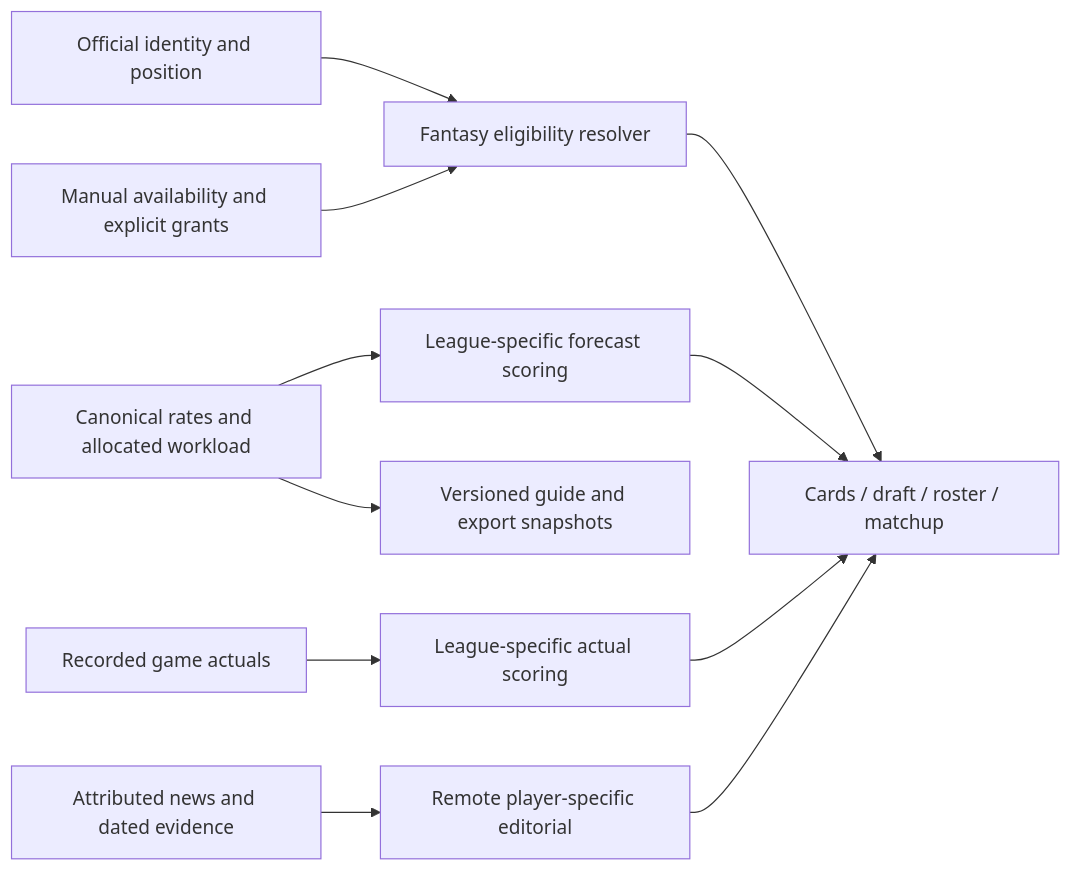
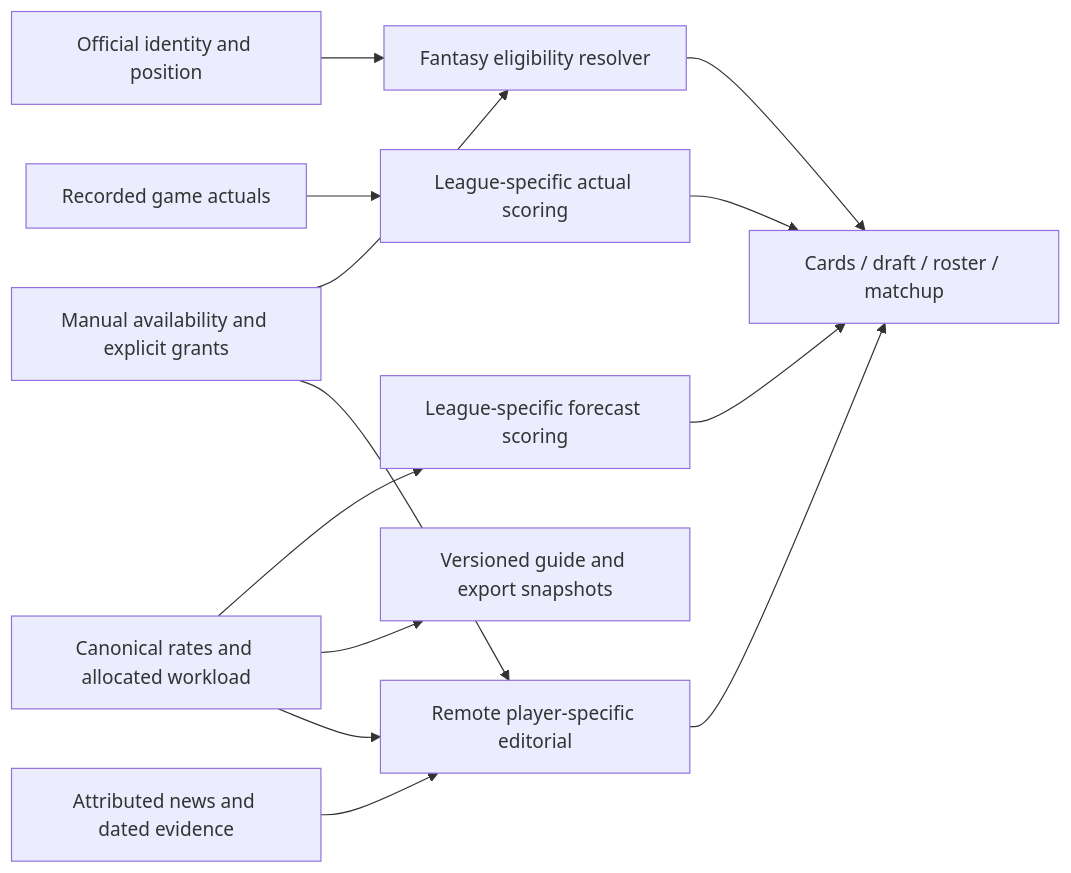
The diagram in docs/audits/2026-09-14-citrus-mission-handoff.md (Gstormsfh/citrus-league-storm-main), drawn with Mermaid before and after one commit.

Commit message:
docs(audit): clarify editorial input relationships

````diff
--- a/docs/audits/2026-09-14-citrus-mission-handoff.md
+++ b/docs/audits/2026-09-14-citrus-mission-handoff.md
@@ -13,13 +13,15 @@
 ```mermaid
 flowchart LR
   O[Official identity and position] --> E[Fantasy eligibility resolver]
   M[Manual availability and explicit grants] --> E
   C[Canonical rates and allocated workload] --> L[League-specific forecast scoring]
   A[Recorded game actuals] --> S[League-specific actual scoring]
   E --> V[Cards / draft / roster / matchup]
   L --> V
   S --> V
   C --> X[Versioned guide and export snapshots]
   N[Attributed news and dated evidence] --> T[Remote player-specific editorial]
+  C --> T
+  M --> T
   T --> V
 ```
````
